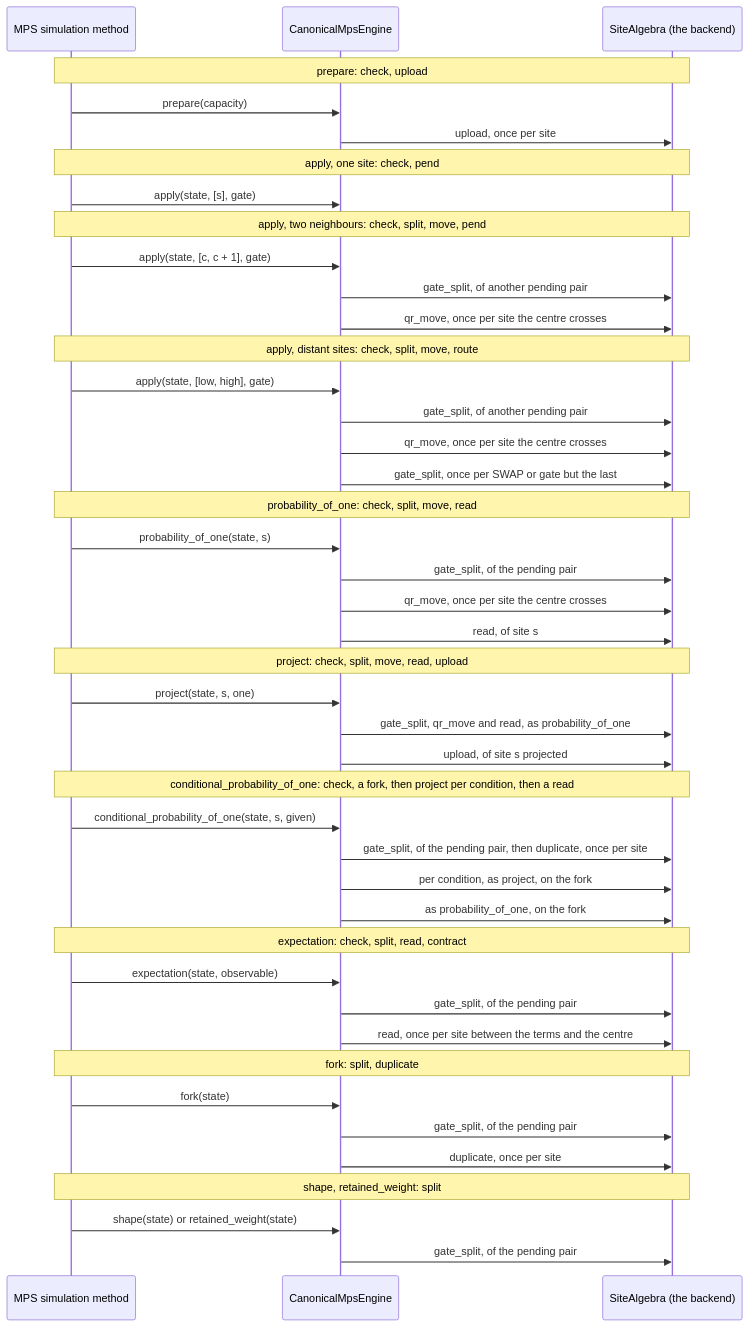
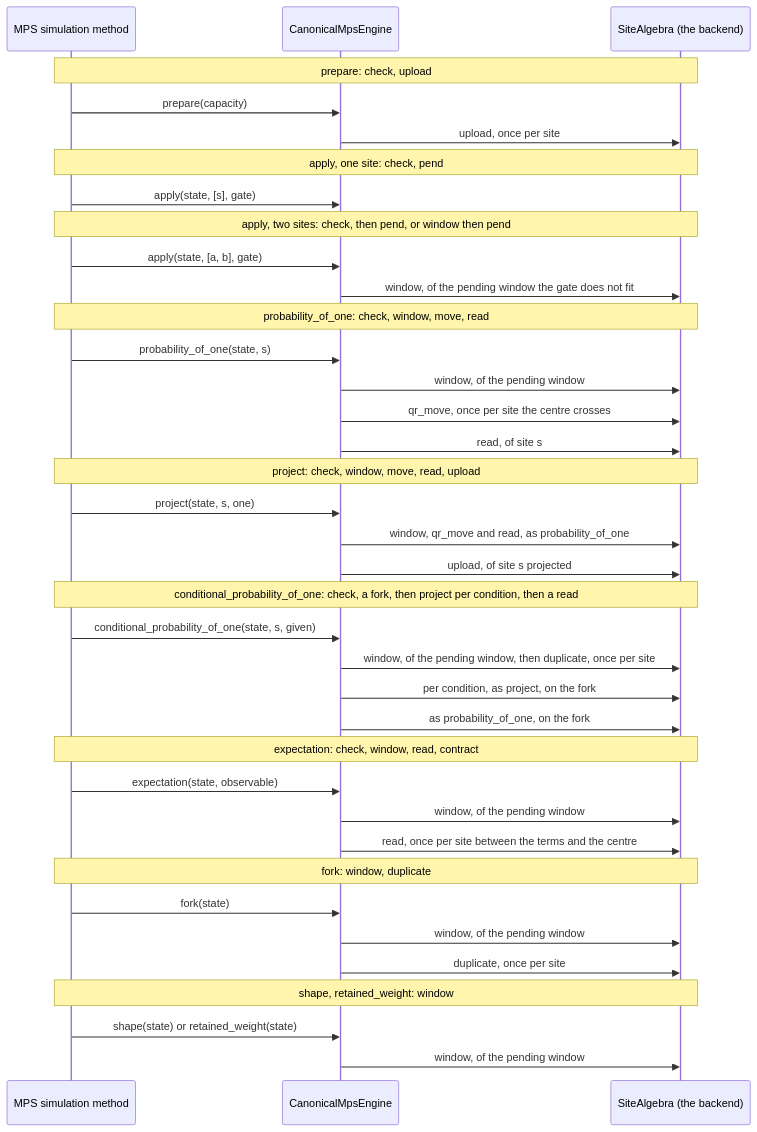
One commit to microsoft/qdk changed the diagram in source/canonical_mps/docs/engine.md. Above: the diagram before and after it, drawn with Mermaid. The commit also changed other lines of this file and 21 other files, not shown here.

````diff
--- a/source/canonical_mps/docs/engine.md
+++ b/source/canonical_mps/docs/engine.md
@@ -14,45 +14,39 @@
 ```mermaid
 sequenceDiagram
   participant S as MPS simulation method
   participant E as CanonicalMpsEngine
   participant A as SiteAlgebra (the backend)
   Note over S,A: prepare: check, upload
   S->>E: prepare(capacity)
   E->>A: upload, once per site
   Note over S,A: apply, one site: check, pend
   S->>E: apply(state, [s], gate)
-  Note over S,A: apply, two neighbours: check, split, move, pend
-  S->>E: apply(state, [c, c + 1], gate)
-  E->>A: gate_split, of another pending pair
-  E->>A: qr_move, once per site the centre crosses
-  Note over S,A: apply, distant sites: check, split, move, route
-  S->>E: apply(state, [low, high], gate)
-  E->>A: gate_split, of another pending pair
-  E->>A: qr_move, once per site the centre crosses
-  E->>A: gate_split, once per SWAP or gate but the last
-  Note over S,A: probability_of_one: check, split, move, read
+  Note over S,A: apply, two sites: check, then pend, or window then pend
+  S->>E: apply(state, [a, b], gate)
+  E->>A: window, of the pending window the gate does not fit
+  Note over S,A: probability_of_one: check, window, move, read
   S->>E: probability_of_one(state, s)
-  E->>A: gate_split, of the pending pair
+  E->>A: window, of the pending window
   E->>A: qr_move, once per site the centre crosses
   E->>A: read, of site s
-  Note over S,A: project: check, split, move, read, upload
+  Note over S,A: project: check, window, move, read, upload
   S->>E: project(state, s, one)
-  E->>A: gate_split, qr_move and read, as probability_of_one
+  E->>A: window, qr_move and read, as probability_of_one
   E->>A: upload, of site s projected
   Note over S,A: conditional_probability_of_one: check, a fork, then project per condition, then a read
   S->>E: conditional_probability_of_one(state, s, given)
-  E->>A: gate_split, of the pending pair, then duplicate, once per site
+  E->>A: window, of the pending window, then duplicate, once per site
   E->>A: per condition, as project, on the fork
   E->>A: as probability_of_one, on the fork
-  Note over S,A: expectation: check, split, read, contract
+  Note over S,A: expectation: check, window, read, contract
   S->>E: expectation(state, observable)
-  E->>A: gate_split, of the pending pair
+  E->>A: window, of the pending window
   E->>A: read, once per site between the terms and the centre
-  Note over S,A: fork: split, duplicate
+  Note over S,A: fork: window, duplicate
   S->>E: fork(state)
-  E->>A: gate_split, of the pending pair
+  E->>A: window, of the pending window
   E->>A: duplicate, once per site
-  Note over S,A: shape, retained_weight: split
+  Note over S,A: shape, retained_weight: window
   S->>E: shape(state) or retained_weight(state)
-  E->>A: gate_split, of the pending pair
+  E->>A: window, of the pending window
 ```
````
